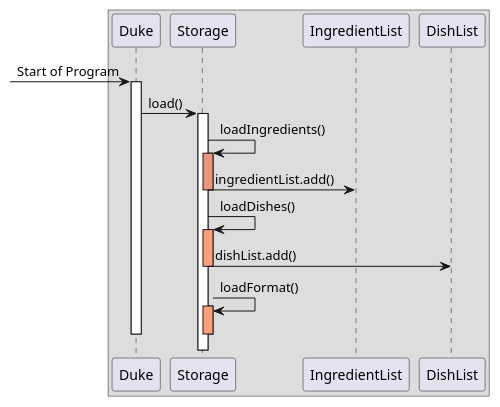
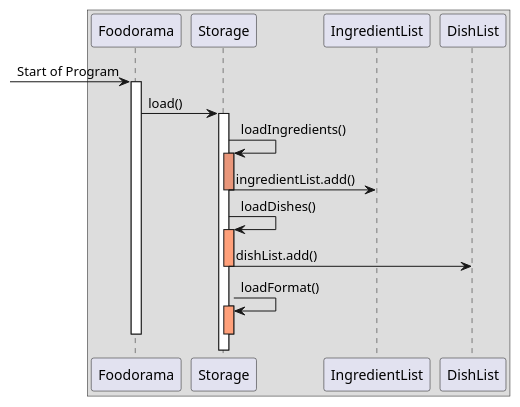
One commit to nus-cs2113-AY2122S1/tp changed the diagram in docs/puml/storage_load_sequence.puml. Above: the diagram before and after it, drawn with PlantUML. The commit also changed 12 other files, not shown here.

```diff
--- a/docs/puml/storage_load_sequence.puml
+++ b/docs/puml/storage_load_sequence.puml
@@ -1,22 +1,22 @@
 @startuml
 'https://plantuml.com/sequence-diagram
 
 Box
--> Duke: Start of Program
-activate Duke
-Duke -> Storage: load()
+-> Foodorama: Start of Program
+activate Foodorama
+Foodorama -> Storage: load()
 activate Storage
 Storage -> Storage : loadIngredients()
 activate Storage#DarkSalmon
 Storage -> IngredientList : ingredientList.add()
 deactivate Storage#DarkSalmon
 Storage -> Storage : loadDishes()
 activate Storage#LightSalmon
 Storage -> DishList : dishList.add()
 deactivate Storage#LightSalmon
 Storage -> Storage : loadFormat()
 activate Storage#LightSalmon
 deactivate Storage#LightSalmon
-deactivate Duke
+deactivate Foodorama
 
 @enduml
```
